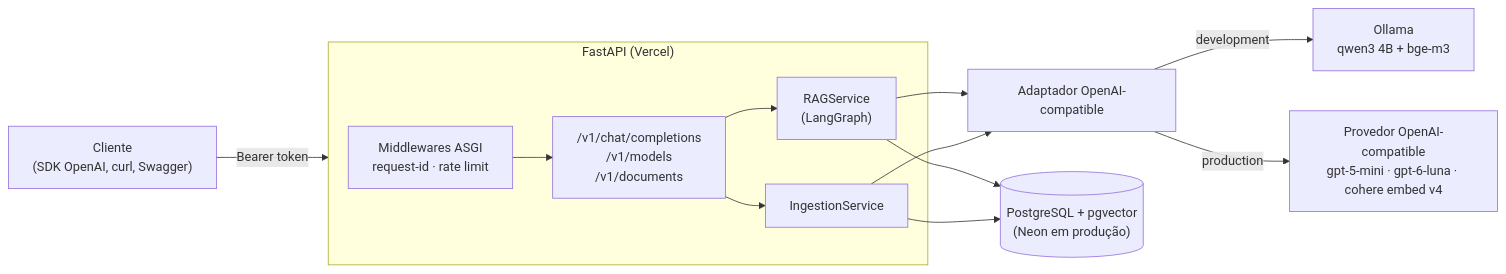
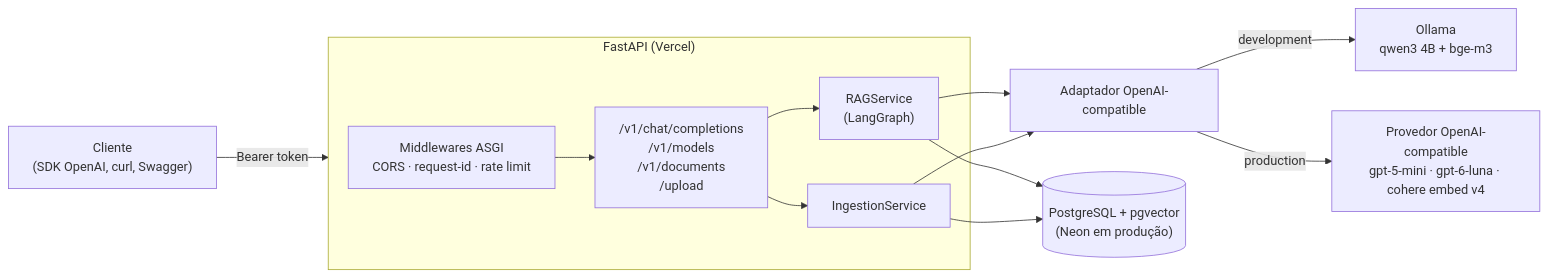
Before and after one commit to icarojobs/chatbot-api: the first of 3 diagrams in README.md, drawn with Mermaid. The commit also changed other lines of this file, not shown here.

````diff
--- a/README.md
+++ b/README.md
@@ -43,17 +46,17 @@
 ```mermaid
 flowchart LR
     Client["Cliente<br/>(SDK OpenAI, curl, Swagger)"] -->|Bearer token| API
 
     subgraph API["FastAPI (Vercel)"]
-        MW["Middlewares ASGI<br/>request-id · rate limit"] --> Routes
-        Routes["/v1/chat/completions<br/>/v1/models<br/>/v1/documents"] --> RAG["RAGService<br/>(LangGraph)"]
+        MW["Middlewares ASGI<br/>CORS · request-id · rate limit"] --> Routes
+        Routes["/v1/chat/completions<br/>/v1/models<br/>/v1/documents<br/>/upload"] --> RAG["RAGService<br/>(LangGraph)"]
         Routes --> Ingestion["IngestionService"]
     end
 
     RAG --> Provider["Adaptador OpenAI-compatible"]
     Ingestion --> Provider
     Provider -->|development| Ollama["Ollama<br/>qwen3 4B + bge-m3"]
     Provider -->|production| LLM["Provedor OpenAI-compatible<br/>gpt-5-mini · gpt-6-luna · cohere embed v4"]
     RAG --> DB[("PostgreSQL + pgvector<br/>(Neon em produção)")]
     Ingestion --> DB
 ```
````
